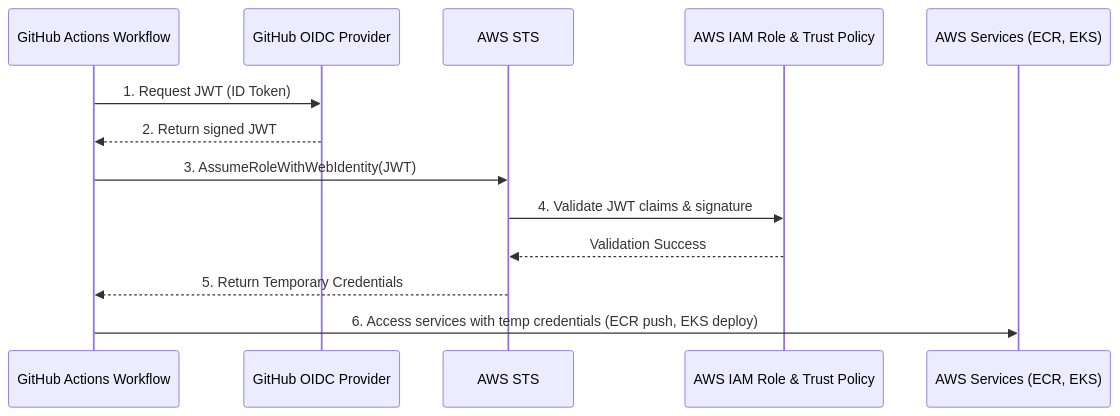
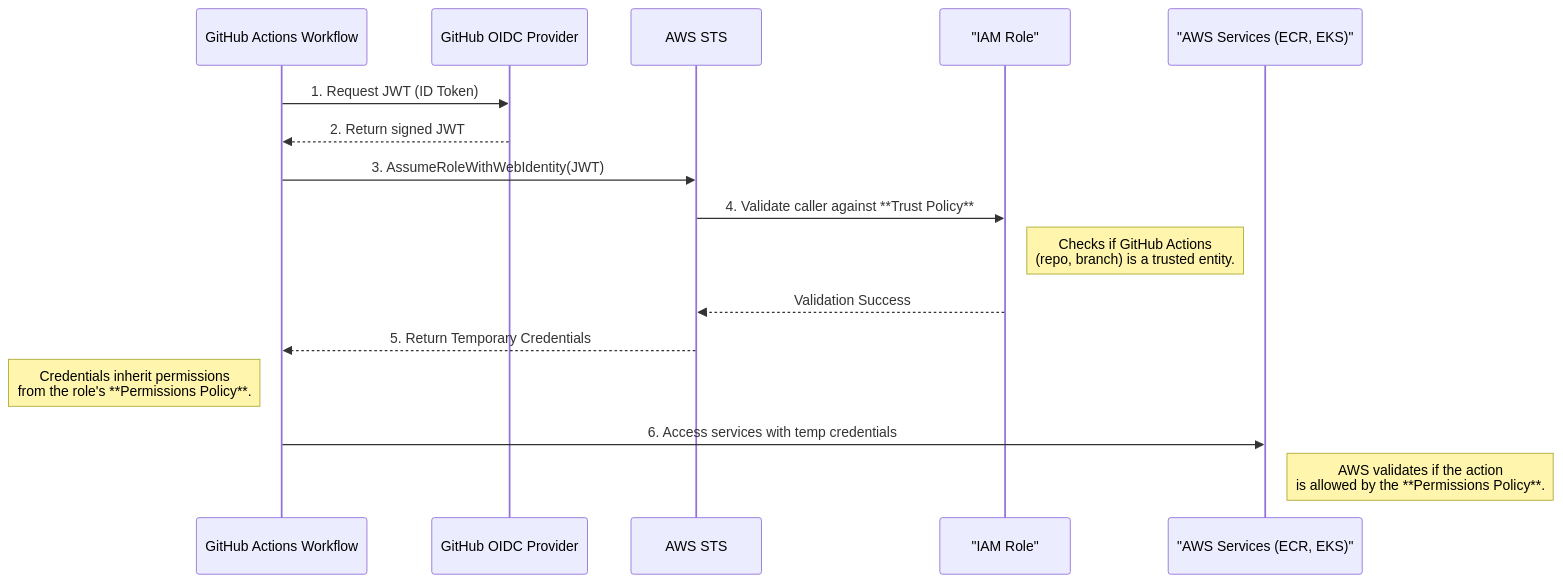
One commit to kk0m4k/kk0m4k.github.io changed the diagram in _posts/2025-08-18-secure-aws-deployment-with-github-actions-oidc.md. Above: the diagram before and after it, drawn with Mermaid.

Commit message:
docs: Clarify OIDC workflow diagram
- Updated the Mermaid diagram in the OIDC post to better distinguish between the roles of IAM Trust Policy and Permissions Policy.
- This provides a clearer, more detailed view of the authentication and authorization process.

````diff
--- a/_posts/2025-08-18-secure-aws-deployment-with-github-actions-oidc.md
+++ b/_posts/2025-08-18-secure-aws-deployment-with-github-actions-oidc.md
@@ -28,20 +28,23 @@
 ```mermaid
 sequenceDiagram
     participant GA as GitHub Actions Workflow
     participant GHOIDC as GitHub OIDC Provider
     participant AWS_STS as AWS STS
-    participant AWS_IAM as AWS IAM Role & Trust Policy
-    participant AWS_SVC as AWS Services (ECR, EKS)
+    participant IAM_Role as "IAM Role"
+    participant AWS_SVC as "AWS Services (ECR, EKS)"
 
     GA->>GHOIDC: 1. Request JWT (ID Token)
     GHOIDC-->>GA: 2. Return signed JWT
 
     GA->>AWS_STS: 3. AssumeRoleWithWebIdentity(JWT)
 
-    AWS_STS->>AWS_IAM: 4. Validate JWT claims & signature
-    AWS_IAM-->>AWS_STS: Validation Success
+    AWS_STS->>IAM_Role: 4. Validate caller against **Trust Policy**
+    note right of IAM_Role: Checks if GitHub Actions<br>(repo, branch) is a trusted entity.
+    IAM_Role-->>AWS_STS: Validation Success
 
     AWS_STS-->>GA: 5. Return Temporary Credentials
+    note left of GA: Credentials inherit permissions<br>from the role's **Permissions Policy**.
 
-    GA->>AWS_SVC: 6. Access services with temp credentials (ECR push, EKS deploy)
+    GA->>AWS_SVC: 6. Access services with temp credentials
+    note right of AWS_SVC: AWS validates if the action<br>is allowed by the **Permissions Policy**.
 ```
````
